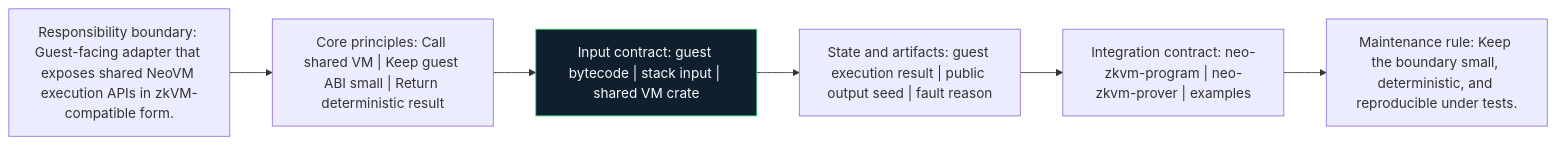
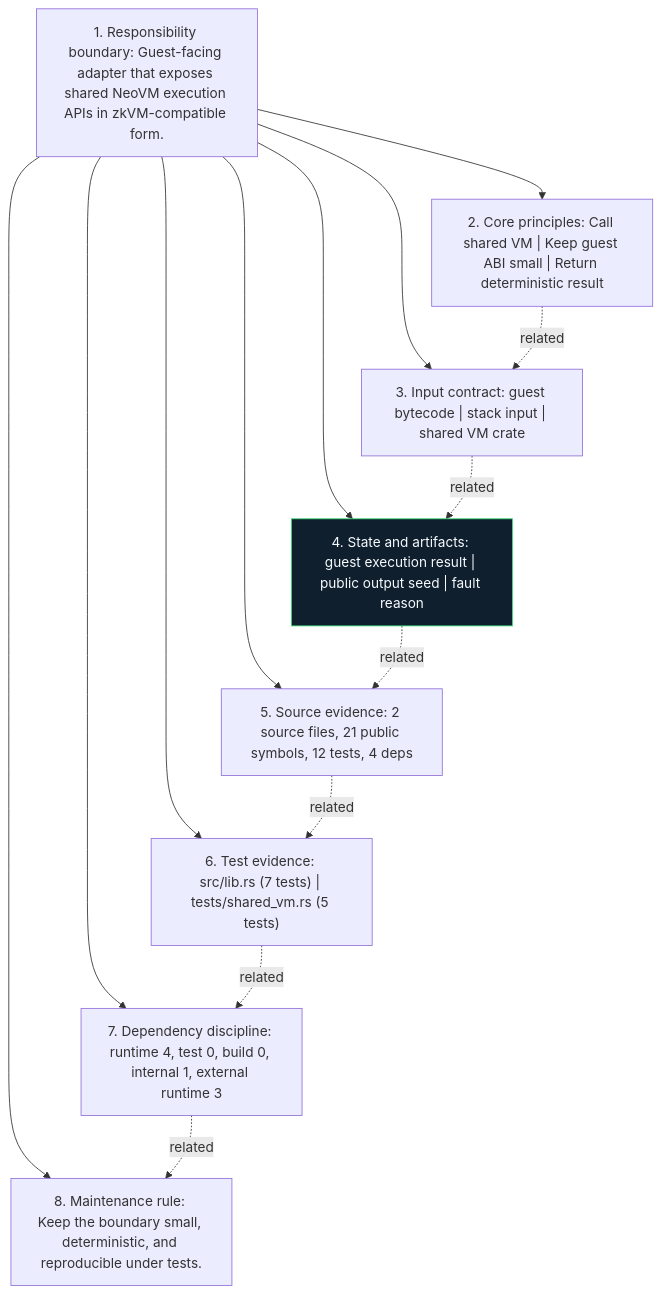
Before and after one commit to r3e-network/neo-zkvm: the diagram in crates/neo-vm-guest/docs/figures/principles.mmd, drawn with Mermaid. The commit also changed 307 other files, not shown here.

Commit message:
Deepen crate diagrams with source-aware atlas

```diff
--- a/crates/neo-vm-guest/docs/figures/principles.mmd
+++ b/crates/neo-vm-guest/docs/figures/principles.mmd
@@ -1,14 +1,24 @@
-flowchart LR
-    N1["Responsibility boundary: Guest-facing adapter that exposes shared NeoVM execution APIs in zkVM-compatible form."]
-    N2["Core principles: Call shared VM | Keep guest ABI small | Return deterministic result"]
-    N3["Input contract: guest bytecode | stack input | shared VM crate"]
-    N4["State and artifacts: guest execution result | public output seed | fault reason"]
-    N5["Integration contract: neo-zkvm-program | neo-zkvm-prover | examples"]
-    N6["Maintenance rule: Keep the boundary small, deterministic, and reproducible under tests."]
+flowchart TB
+    N1["1. Responsibility boundary: Guest-facing adapter that exposes shared NeoVM execution APIs in zkVM-compatible form."]
+    N2["2. Core principles: Call shared VM | Keep guest ABI small | Return deterministic result"]
+    N3["3. Input contract: guest bytecode | stack input | shared VM crate"]
+    N4["4. State and artifacts: guest execution result | public output seed | fault reason"]
+    N5["5. Source evidence: 2 source files, 21 public symbols, 12 tests, 4 deps"]
+    N6["6. Test evidence: src/lib.rs (7 tests) | tests/shared_vm.rs (5 tests)"]
+    N7["7. Dependency discipline: runtime 4, test 0, build 0, internal 1, external runtime 3"]
+    N8["8. Maintenance rule: Keep the boundary small, deterministic, and reproducible under tests."]
     N1 --> N2
-    N2 --> N3
-    N3 --> N4
-    N4 --> N5
-    N5 --> N6
+    N1 --> N3
+    N1 --> N4
+    N1 --> N5
+    N1 --> N6
+    N1 --> N7
+    N1 --> N8
+    N2 -. related .-> N3
+    N3 -. related .-> N4
+    N4 -. related .-> N5
+    N5 -. related .-> N6
+    N6 -. related .-> N7
+    N7 -. related .-> N8
     classDef crate fill:#101f2d,stroke:#38d978,color:#f6fbff
-    class N3 crate
+    class N4 crate
```
